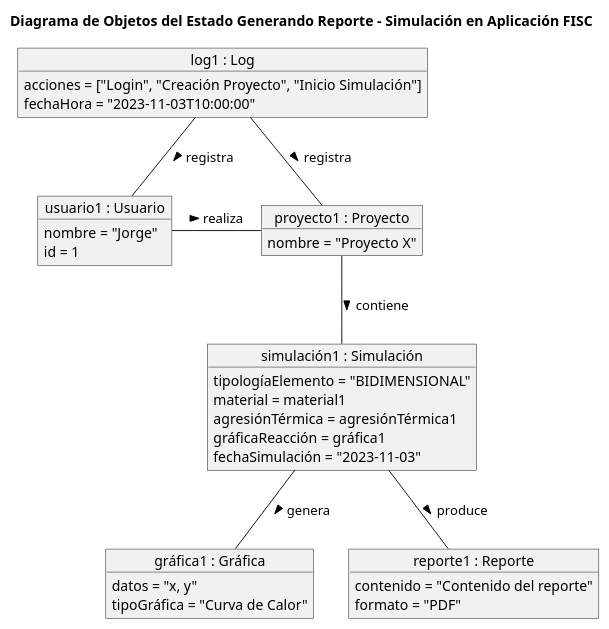
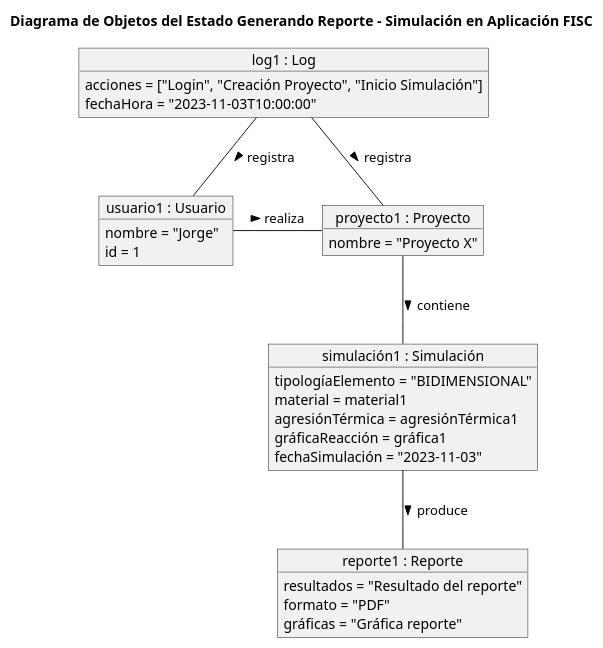
The diagram in modelosUML/diagramaObjetos.puml (mmasias/23-24-IdSw1-SDR), drawn with PlantUML before and after one commit. The commit also changed 1 other file, not shown here.

Commit message:
diagrama de objetos actualizado

```diff
--- a/modelosUML/diagramaObjetos.puml
+++ b/modelosUML/diagramaObjetos.puml
@@ -1,44 +1,39 @@
 @startuml
 
 title Diagrama de Objetos del Estado Generando Reporte - Simulación en Aplicación FISC
 
 object "usuario1 : Usuario" as usuario1 {
     nombre = "Jorge"
     id = 1
 }
 
 object "proyecto1 : Proyecto" as proyecto1 {
     nombre = "Proyecto X"
 }
 
 object "simulación1 : Simulación" as simulación1 {
     tipologíaElemento = "BIDIMENSIONAL"
     material = material1
     agresiónTérmica = agresiónTérmica1
     gráficaReacción = gráfica1
     fechaSimulación = "2023-11-03"
 }
 
-object "gráfica1 : Gráfica" as gráfica1 {
-    datos = "x, y"
-    tipoGráfica = "Curva de Calor"
-}
-
 object "log1 : Log" as log1 {
     acciones = ["Login", "Creación Proyecto", "Inicio Simulación"]
     fechaHora = "2023-11-03T10:00:00"
 }
 
 object "reporte1 : Reporte" as reporte1 {
-    contenido = "Contenido del reporte"
+    resultados = "Resultado del reporte"
     formato = "PDF"
+    gráficas = "Gráfica reporte"
 }
 
 usuario1 - proyecto1 : "realiza >"
 proyecto1 -- simulación1 : "contiene >"
-simulación1 -- gráfica1 : "genera >"
 simulación1 -- reporte1 : "produce >"
 log1 -- usuario1: "registra >"
 log1 -- proyecto1 : "registra >"
 
 @enduml
```
